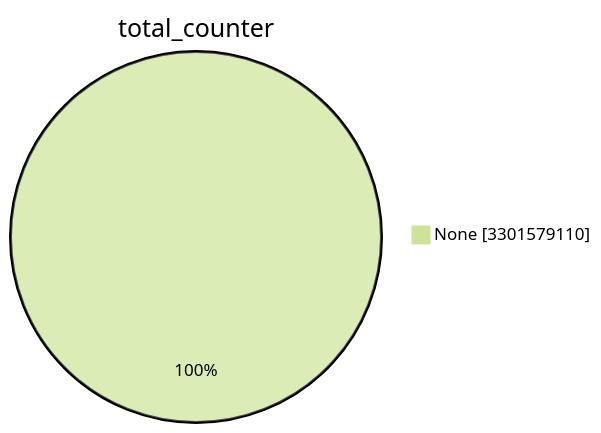
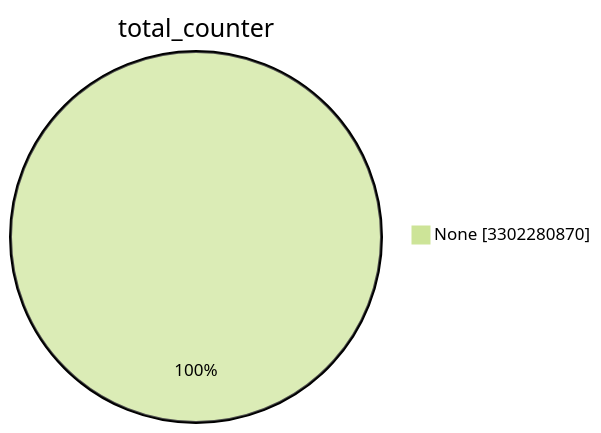
The first of 15 diagrams in TOTAL/README.md (christiankrug/ctmonitor_visualization), drawn with Mermaid (forest theme) before and after one commit. The commit also changed other lines of this file, not shown here.

````diff
--- a/TOTAL/README.md
+++ b/TOTAL/README.md
@@ -1,5 +1,5 @@
 ```mermaid
 pie showData
 title total_counter
-"None" :3301579110
+"None" :3302280870
 ```
````
